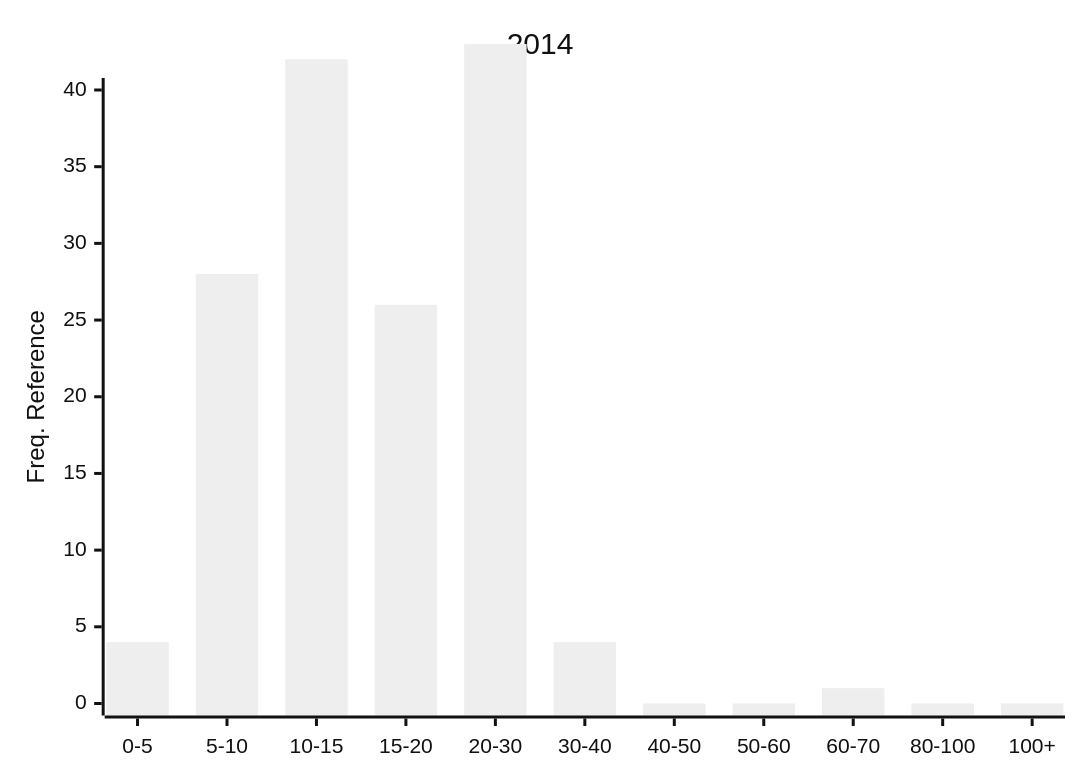
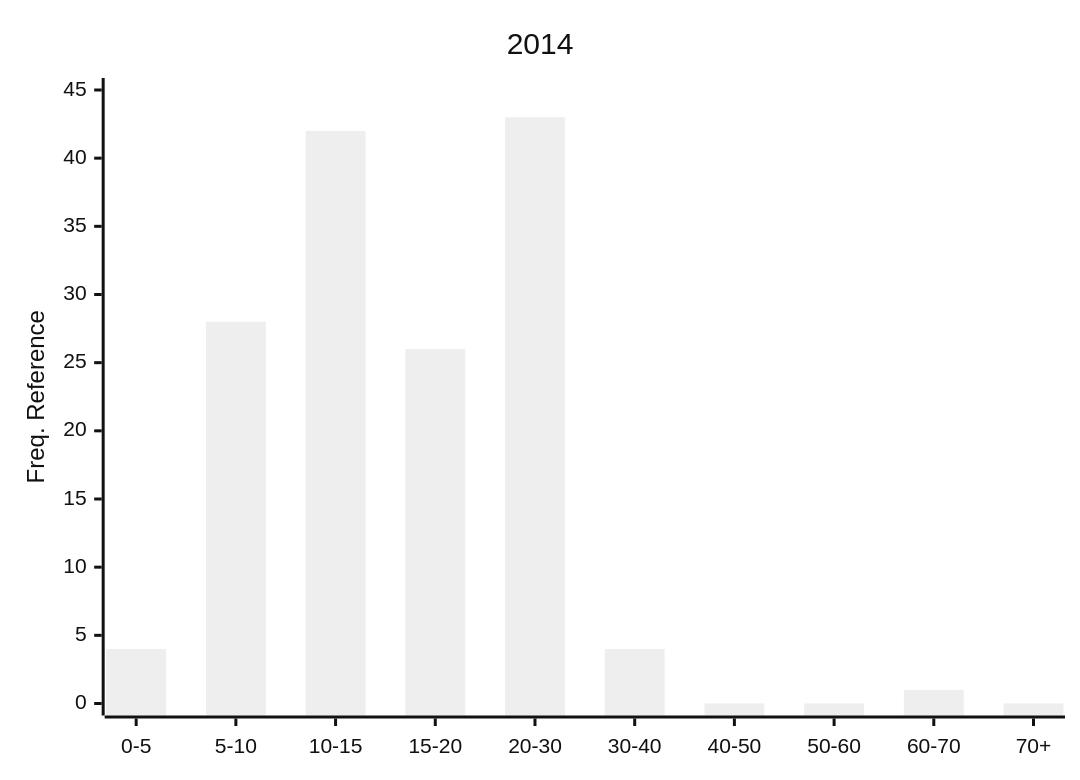
Diagram 18 of 29 in README.md (Nemus-Project/fair-nime-2026), drawn with Mermaid (neutral theme) before and after one commit. The commit also changed other lines of this file, not shown here.

Commit message:
add freq charts

````diff
--- a/README.md
+++ b/README.md
@@ -592,7 +595,7 @@
 ```mermaid
 xychart-beta
     title "2014"
-    x-axis ["0-5", "5-10", "10-15", "15-20", "20-30", "30-40", "40-50", "50-60", "60-70", "80-100", "100+"]
-    y-axis "Freq. Reference" 0 --> 40
-    bar [4, 28, 42, 26, 43, 4, 0, 0, 1, 0, 0]
+    x-axis ["0-5", "5-10", "10-15", "15-20", "20-30", "30-40", "40-50", "50-60", "60-70", "70+"]
+    y-axis "Freq. Reference" 0 --> 45
+    bar [4, 28, 42, 26, 43, 4, 0, 0, 1, 0]
 ```    
````
